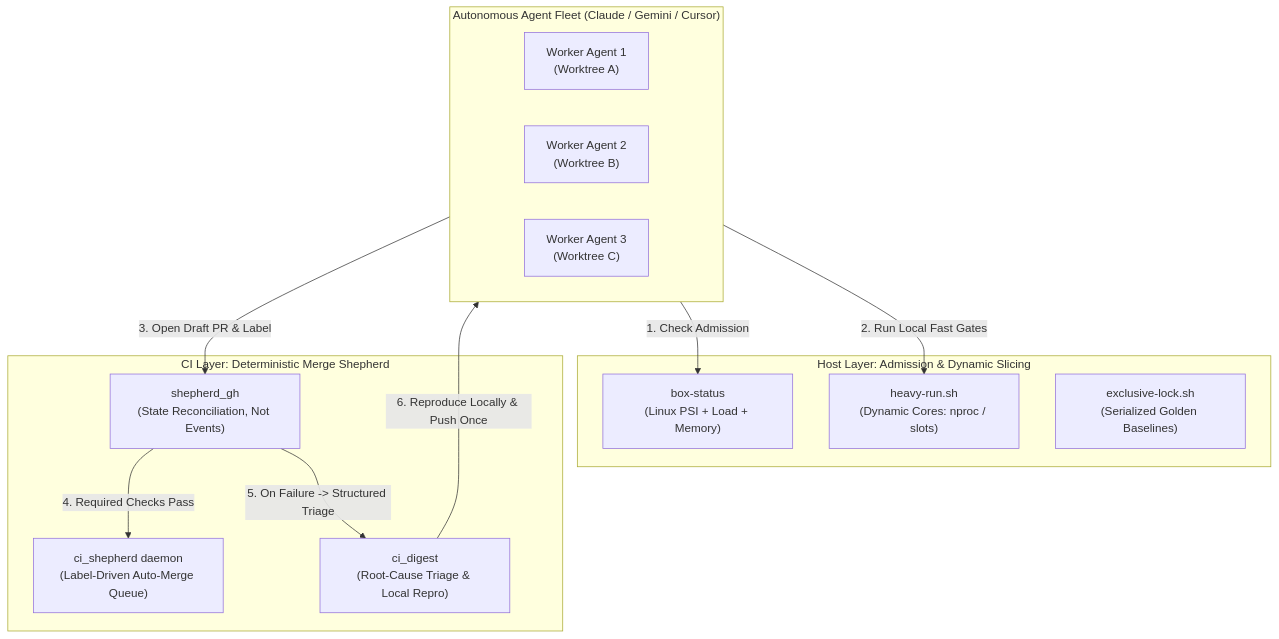
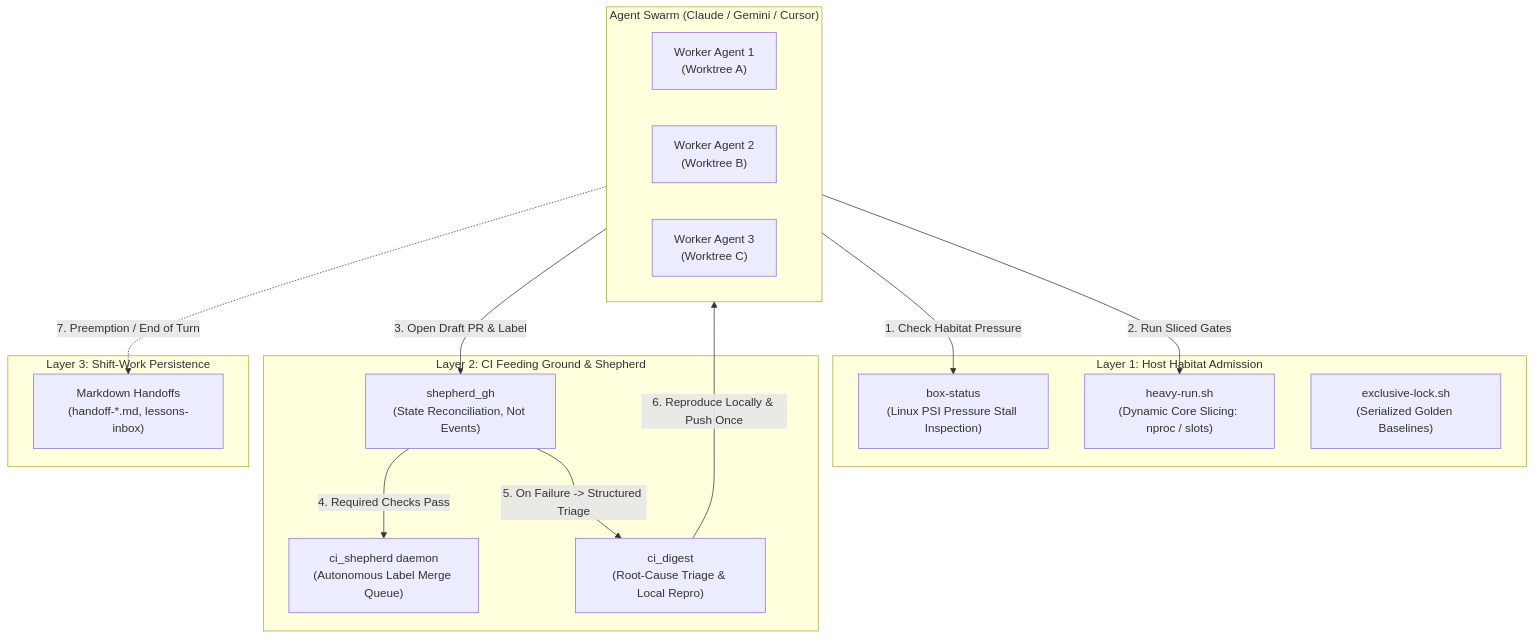
Before and after one commit to squid-protocol/squid-bot: the diagram in README.md, drawn with Mermaid. The commit also changed other lines of this file, not shown here.

````diff
--- a/README.md
+++ b/README.md
@@ -59,27 +74,32 @@
 ```mermaid
 flowchart TD
-    subgraph FLEET["Autonomous Agent Fleet (Claude / Gemini / Cursor)"]
+    subgraph POP["Agent Swarm (Claude / Gemini / Cursor)"]
         A1["Worker Agent 1\n(Worktree A)"]
         A2["Worker Agent 2\n(Worktree B)"]
         A3["Worker Agent 3\n(Worktree C)"]
     end
 
-    subgraph HOST["Host Layer: Admission & Dynamic Slicing"]
-        BS["box-status\n(Linux PSI + Load + Memory)"]
-        HR["heavy-run.sh\n(Dynamic Cores: nproc / slots)"]
+    subgraph HABITAT["Layer 1: Host Habitat Admission"]
+        BS["box-status\n(Linux PSI Pressure Stall Inspection)"]
+        HR["heavy-run.sh\n(Dynamic Core Slicing: nproc / slots)"]
         LK["exclusive-lock.sh\n(Serialized Golden Baselines)"]
     end
 
-    subgraph CI["CI Layer: Deterministic Merge Shepherd"]
+    subgraph CI["Layer 2: CI Feeding Ground & Shepherd"]
         GH["shepherd_gh\n(State Reconciliation, Not Events)"]
-        SHP["ci_shepherd daemon\n(Label-Driven Auto-Merge Queue)"]
+        SHP["ci_shepherd daemon\n(Autonomous Label Merge Queue)"]
         DIG["ci_digest\n(Root-Cause Triage & Local Repro)"]
     end
 
-    FLEET -->|"1. Check Admission"| BS
-    FLEET -->|"2. Run Local Fast Gates"| HR
-    FLEET -->|"3. Open Draft PR & Label"| GH
+    subgraph SHIFT["Layer 3: Shift-Work Persistence"]
+        HO["Markdown Handoffs\n(handoff-*.md, lessons-inbox)"]
+    end
+
+    POP -->|"1. Check Habitat Pressure"| BS
+    POP -->|"2. Run Sliced Gates"| HR
+    POP -->|"3. Open Draft PR & Label"| GH
     GH -->|"4. Required Checks Pass"| SHP
     GH -->|"5. On Failure -> Structured Triage"| DIG
-    DIG -->|"6. Reproduce Locally & Push Once"| FLEET
+    DIG -->|"6. Reproduce Locally & Push Once"| POP
+    POP -.->|"7. Preemption / End of Turn"| HO
 ```
````
